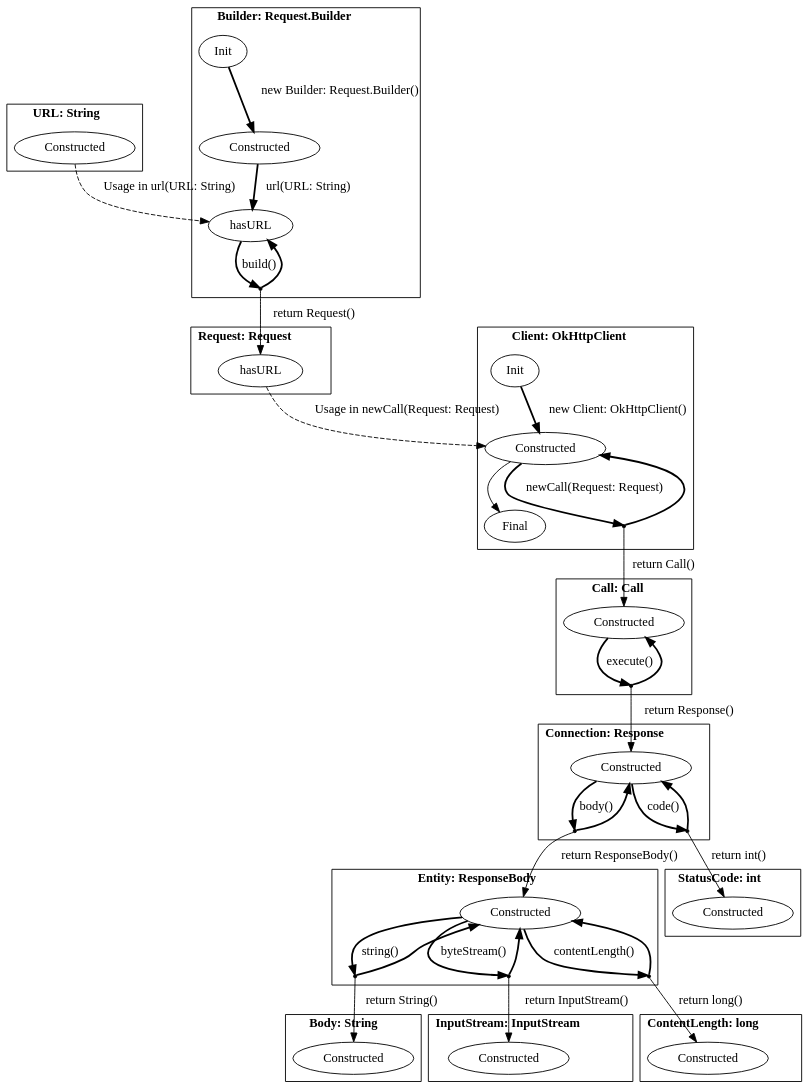
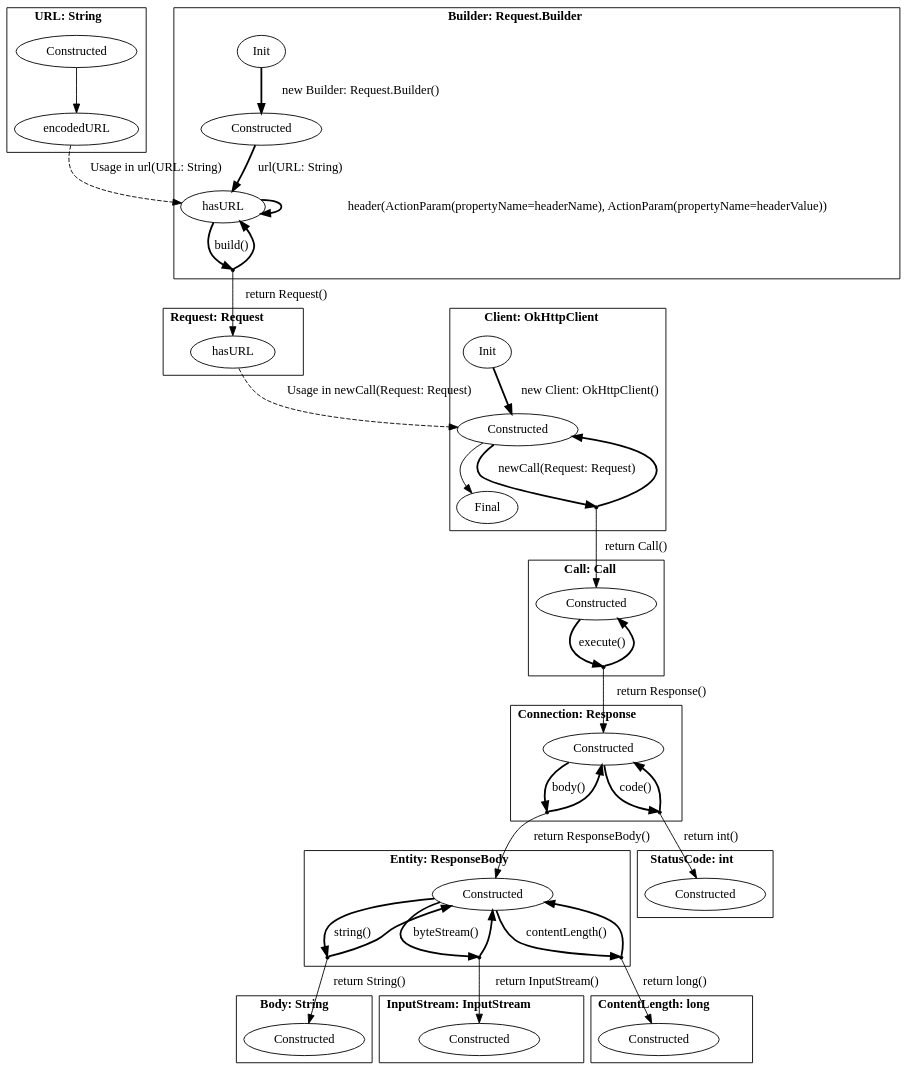
The diagram in pictures/okhttp.dot (h31/LibraryMigration), drawn with Graphviz before and after one commit. The commit also changed 3 other files, not shown here.

```diff
--- a/pictures/okhttp.dot
+++ b/pictures/okhttp.dot
@@ -1,89 +1,92 @@
 digraph G {
     bgcolor="transparent";
     subgraph cluster0 {
     label = <<B>URL: String</B>>;
         Constructed_URL [ label="Constructed" ];
+        encodedURL_URL [ label="encodedURL" ];
     }
     subgraph cluster1 {
     label = <<B>Request: Request</B>>;
         hasURL_Request [ label="hasURL" ];
     }
     subgraph cluster2 {
     label = <<B>Client: OkHttpClient</B>>;
         Constructed_Client [ label="Constructed" ];
         Init_Client [ label="Init" ];
         Final_Client [ label="Final" ];
         virtual0 [ shape = point ];
     }
     subgraph cluster3 {
     label = <<B>Connection: Response</B>>;
         Constructed_Connection [ label="Constructed" ];
         virtual1 [ shape = point ];
         virtual2 [ shape = point ];
     }
     subgraph cluster4 {
     label = <<B>Body: String</B>>;
         Constructed_Body [ label="Constructed" ];
     }
     subgraph cluster5 {
     label = <<B>InputStream: InputStream</B>>;
         Constructed_InputStream [ label="Constructed" ];
     }
     subgraph cluster6 {
     label = <<B>ContentLength: long</B>>;
         Constructed_ContentLength [ label="Constructed" ];
     }
     subgraph cluster7 {
     label = <<B>Entity: ResponseBody</B>>;
         Constructed_Entity [ label="Constructed" ];
         virtual3 [ shape = point ];
         virtual4 [ shape = point ];
         virtual5 [ shape = point ];
     }
     subgraph cluster8 {
     label = <<B>Builder: Request.Builder</B>>;
         Constructed_Builder [ label="Constructed" ];
         Init_Builder [ label="Init" ];
         hasURL_Builder [ label="hasURL" ];
         virtual6 [ shape = point ];
     }
     subgraph cluster9 {
     label = <<B>Call: Call</B>>;
         Constructed_Call [ label="Constructed" ];
         virtual7 [ shape = point ];
     }
     subgraph cluster10 {
     label = <<B>StatusCode: int</B>>;
         Constructed_StatusCode [ label="Constructed" ];
     }
-        Constructed_URL -> hasURL_Builder [ label="Usage in url(URL: String)", style = "dashed"  ];
+        Constructed_URL -> encodedURL_URL [ label="", style = "solid"  ];
+        encodedURL_URL -> hasURL_Builder [ label="Usage in url(URL: String)", style = "dashed"  ];
         hasURL_Request -> Constructed_Client [ label="Usage in newCall(Request: Request)", style = "dashed"  ];
         Init_Client -> Constructed_Client [ label="new Client: OkHttpClient()", style = "bold"  ];
         Constructed_Client -> virtual0 [ style = "bold" label="newCall(Request: Request)"  ];
         virtual0 -> Constructed_Client [ style = "bold"  ];
         virtual0 -> Constructed_Call [ label="return Call()"  ];
         Constructed_Client -> Final_Client [ label="", style = "solid"  ];
         Constructed_Connection -> virtual1 [ style = "bold" label="body()"  ];
         virtual1 -> Constructed_Connection [ style = "bold"  ];
         virtual1 -> Constructed_Entity [ label="return ResponseBody()"  ];
         Constructed_Connection -> virtual2 [ style = "bold" label="code()"  ];
         virtual2 -> Constructed_Connection [ style = "bold"  ];
         virtual2 -> Constructed_StatusCode [ label="return int()"  ];
         Constructed_Entity -> virtual3 [ style = "bold" label="string()"  ];
         virtual3 -> Constructed_Entity [ style = "bold"  ];
         virtual3 -> Constructed_Body [ label="return String()"  ];
         Constructed_Entity -> virtual4 [ style = "bold" label="byteStream()"  ];
         virtual4 -> Constructed_Entity [ style = "bold"  ];
         virtual4 -> Constructed_InputStream [ label="return InputStream()"  ];
         Constructed_Entity -> virtual5 [ style = "bold" label="contentLength()"  ];
         virtual5 -> Constructed_Entity [ style = "bold"  ];
         virtual5 -> Constructed_ContentLength [ label="return long()"  ];
         Init_Builder -> Constructed_Builder [ label="new Builder: Request.Builder()", style = "bold"  ];
         Constructed_Builder -> hasURL_Builder [ label="url(URL: String)", style = "bold"  ];
+        hasURL_Builder -> hasURL_Builder [ label="header(ActionParam(propertyName&#x3D;headerName), ActionParam(propertyName&#x3D;headerValue))", style = "bold"  ];
         hasURL_Builder -> virtual6 [ style = "bold" label="build()"  ];
         virtual6 -> hasURL_Builder [ style = "bold"  ];
         virtual6 -> hasURL_Request [ label="return Request()"  ];
         Constructed_Call -> virtual7 [ style = "bold" label="execute()"  ];
         virtual7 -> Constructed_Call [ style = "bold"  ];
         virtual7 -> Constructed_Connection [ label="return Response()"  ];
 }
```
